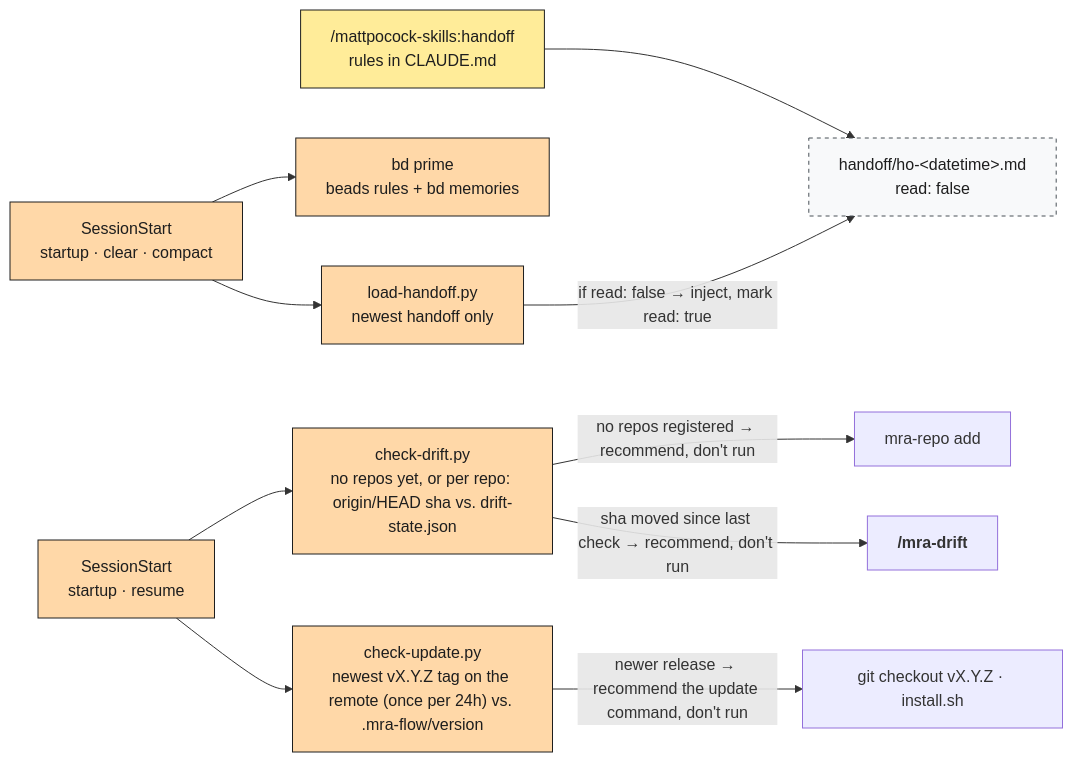
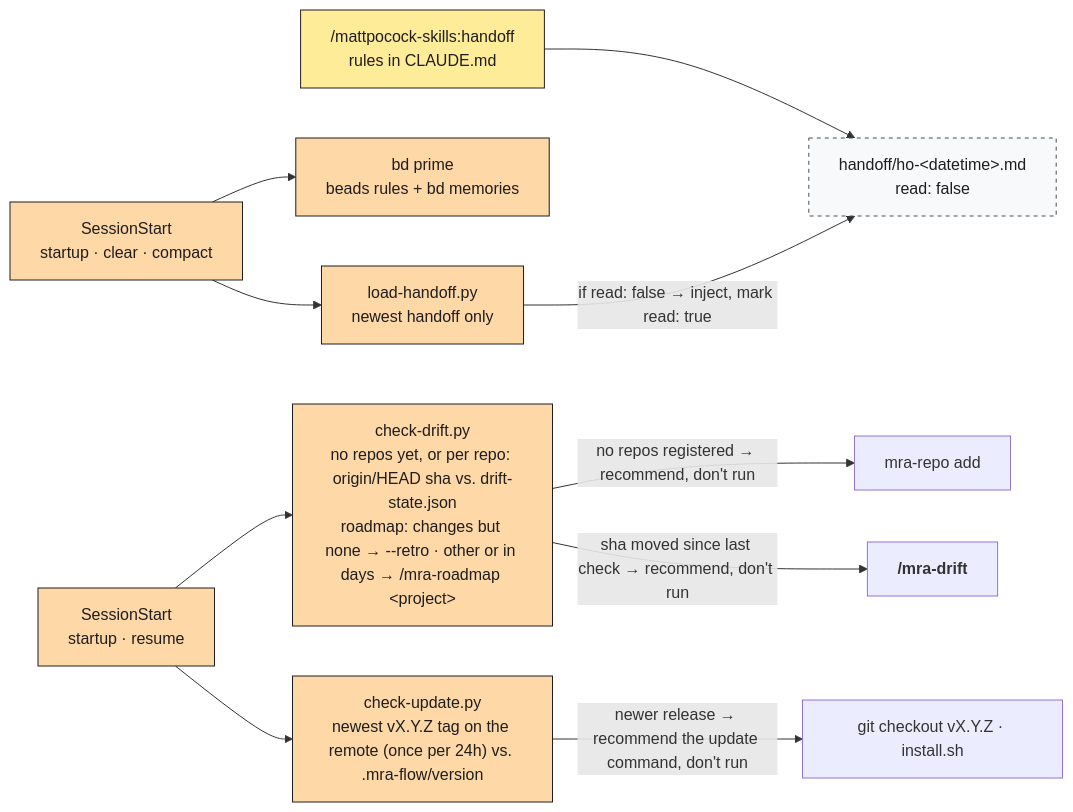
One commit to Ancora-Ancora/mra-flow changed the fifth of 5 diagrams in payload/orchestrator/.mra-flow/docs/mra-flow.md. Above: the diagram before and after it, drawn with Mermaid. The commit also changed other lines of this file and 17 other files, not shown here.

First line of the commit message:
One initiative per project; --retro builds every slice with estimates and actuals

````diff
--- a/payload/orchestrator/.mra-flow/docs/mra-flow.md
+++ b/payload/orchestrator/.mra-flow/docs/mra-flow.md
@@ -260,17 +260,17 @@
 ```mermaid
 %%{init: {"themeCSS": ".t{font-size:1.25em;font-weight:700} .bos,.bsp,.bmp,.bcu{padding:2px 6px} .bos{background:#a5d8ff} .bsp{background:#b2f2bb} .bmp{background:#ffec99} .bcu{background:#d0bfff}"}}%%
 flowchart LR
     classDef mp fill:#ffec99,stroke:#1e1e1e,color:#1e1e1e
     classDef hook fill:#ffd8a8,stroke:#1e1e1e,color:#1e1e1e
     classDef art fill:#f8f9fa,stroke:#495057,stroke-dasharray:4 4,color:#1e1e1e
 
     ho["/mattpocock-skills:handoff<br/>rules in CLAUDE.md"]:::mp --> hf["handoff/ho-#lt;datetime#gt;.md<br/>read: false"]:::art
     ss["SessionStart<br/>startup · clear · compact"]:::hook --> bp["bd prime<br/>beads rules + bd memories"]:::hook
     ss --> lh["load-handoff.py<br/>newest handoff only"]:::hook
     lh -- "if read: false → inject, mark read: true" --> hf
-    ss2["SessionStart<br/>startup · resume"]:::hook --> cd["check-drift.py<br/>no repos yet, or per repo: origin/HEAD sha vs. drift-state.json"]:::hook
+    ss2["SessionStart<br/>startup · resume"]:::hook --> cd["check-drift.py<br/>no repos yet, or per repo: origin/HEAD sha vs. drift-state.json<br/>roadmap: changes but none → --retro · other or in days → /mra-roadmap #lt;project#gt;"]:::hook
     cd -- "no repos registered → recommend, don't run" --> mr["mra-repo add"]
     cd -- "sha moved since last check → recommend, don't run" --> dr["<b class='t'>/mra-drift</b>"]
     ss2 --> cu["check-update.py<br/>newest vX.Y.Z tag on the remote (once per 24h) vs. .mra-flow/version"]:::hook
     cu -- "newer release → recommend the update command, don't run" --> up["git checkout vX.Y.Z · install.sh"]
 ```
````
